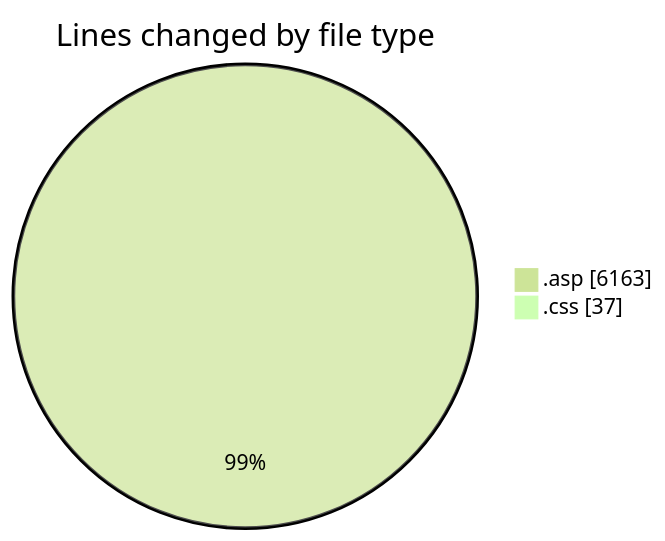
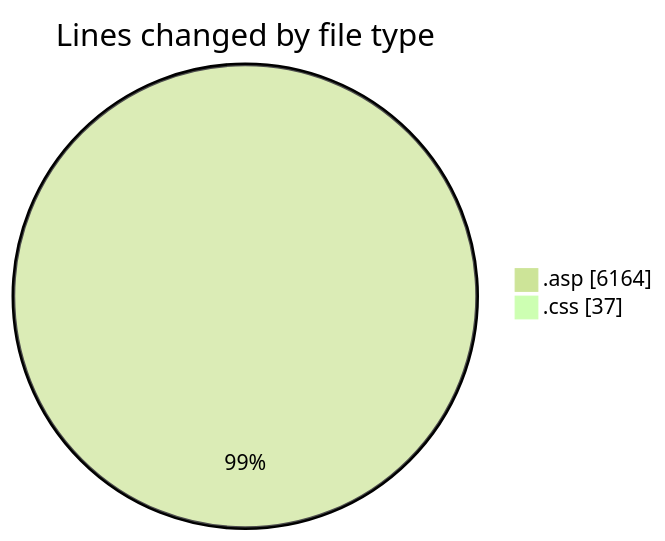
Before and after one commit to julien-gomy/code-tracking: the first of 2 diagrams in 2025-11-02/cdp_aleoudev_fr__workspace_/README.md, drawn with Mermaid (forest theme). The commit also changed other lines of this file and 1 other file, not shown here.

````diff
--- a/2025-11-02/cdp_aleoudev_fr__workspace_/README.md
+++ b/2025-11-02/cdp_aleoudev_fr__workspace_/README.md
@@ -25,6 +25,6 @@
 ```mermaid
 pie showData
 title Lines changed by file type
-".asp" : 6163
+".asp" : 6164
 ".css" : 37
 ```
````
